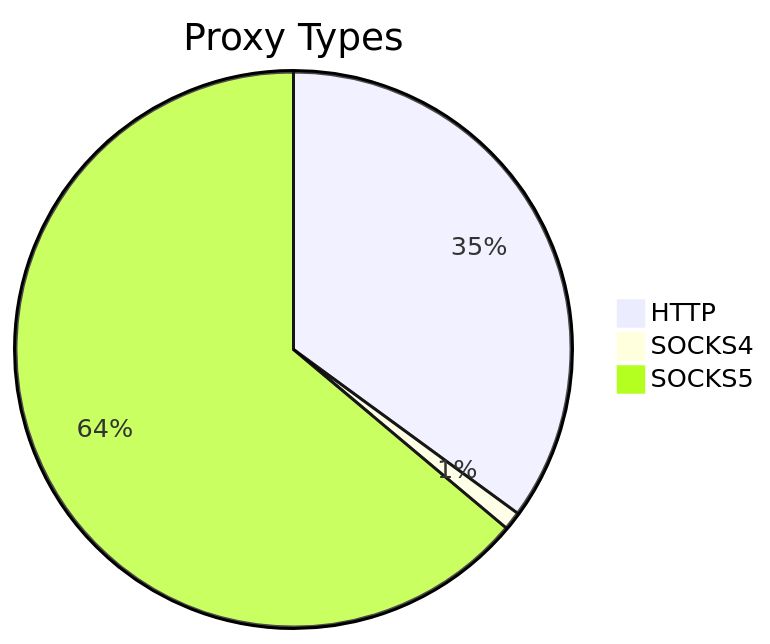
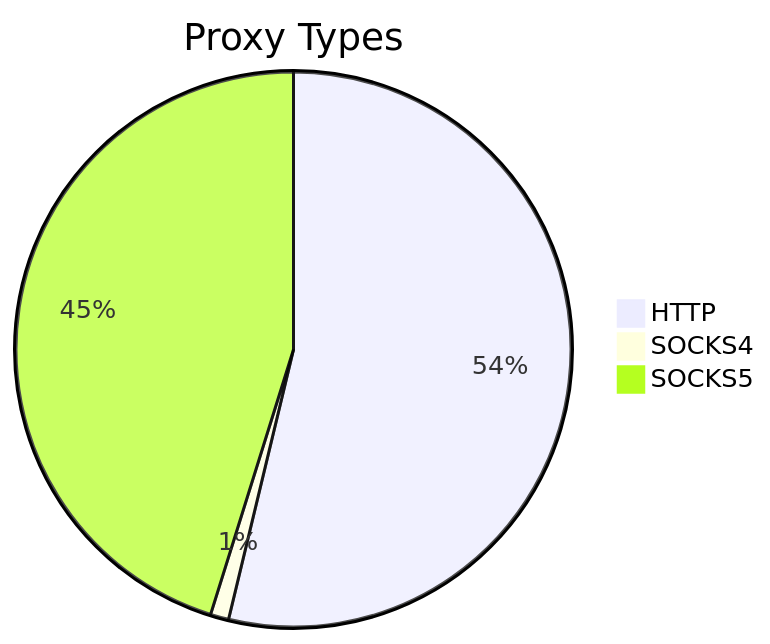
The first of 2 diagrams in README.md (stormsia/proxy-list), drawn with Mermaid before and after one commit. The commit also changed other lines of this file, not shown here.

````diff
--- a/README.md
+++ b/README.md
@@ -21,6 +21,6 @@
 ```mermaid
 pie title Proxy Types
-    "HTTP" : 1243
-    "SOCKS4" : 38
-    "SOCKS5" : 2266
+    "HTTP" : 1158
+    "SOCKS4" : 23
+    "SOCKS5" : 973
 ```
````
